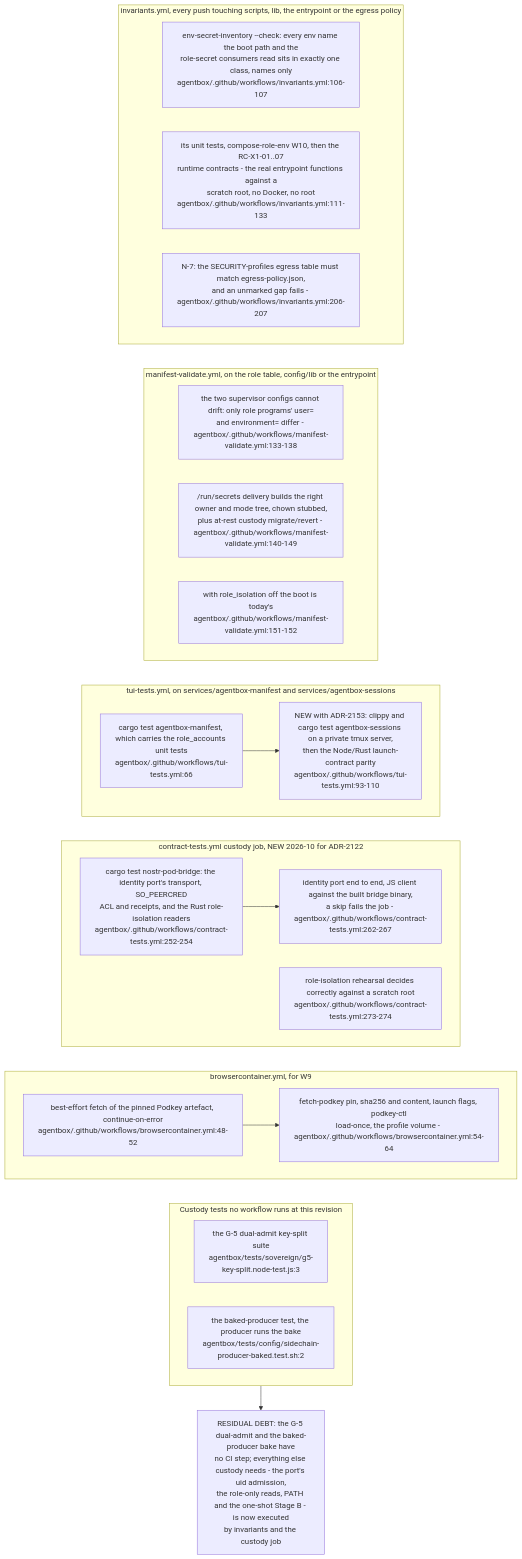
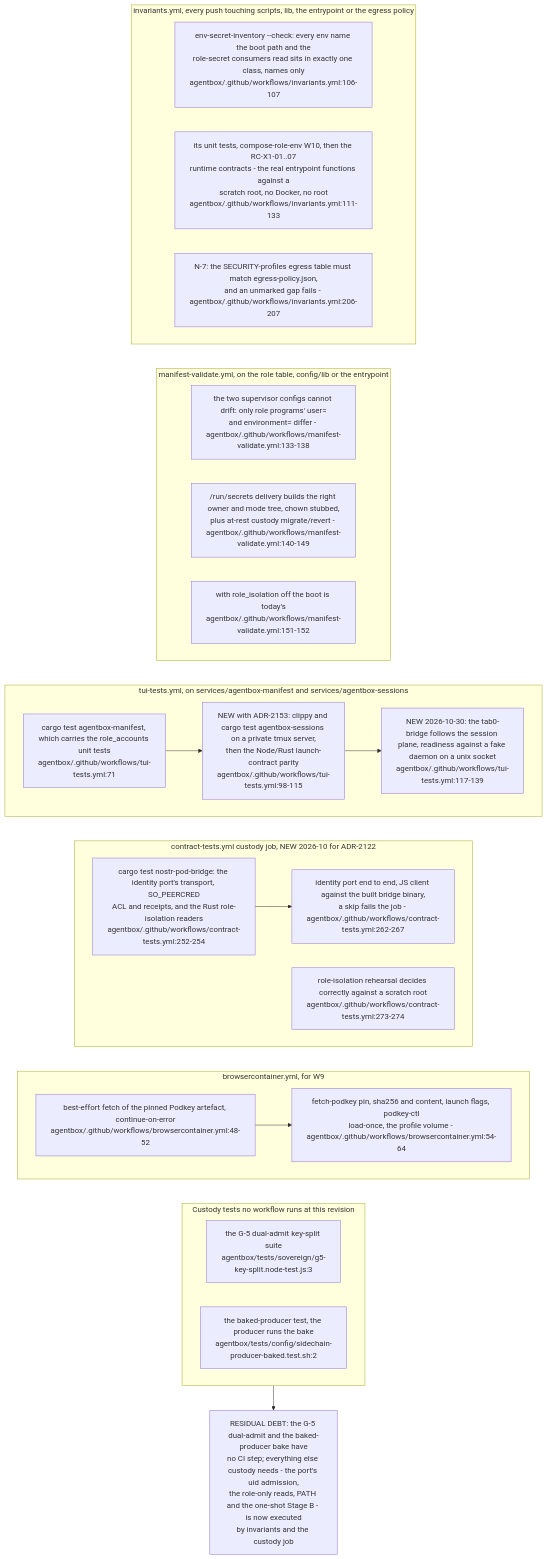
Before and after one commit to DreamLab-AI/VisionFlow: diagram 24 of 24 in docs/diagrams/estate/09-build-deploy-and-ci-estate.md, drawn with Mermaid. The commit also changed other lines of this file and 142 other files, not shown here.

First line of the commit message:
docs(diagrams): one System One route; re-verify 140 topics at today's heads

````diff
--- a/docs/diagrams/estate/09-build-deploy-and-ci-estate.md
+++ b/docs/diagrams/estate/09-build-deploy-and-ci-estate.md
@@ -834,39 +834,41 @@
 ```mermaid
 flowchart TB
     subgraph INV["invariants.yml, every push touching scripts, lib, the entrypoint or the egress policy"]
         I1["env-secret-inventory --check: every env name the boot path and the<br/>role-secret consumers read sits in exactly one class, names only<br/>agentbox/.github/workflows/invariants.yml:106-107"]
         I2["its unit tests, compose-role-env W10, then the RC-X1-01..07<br/>runtime contracts - the real entrypoint functions against a<br/>scratch root, no Docker, no root<br/>agentbox/.github/workflows/invariants.yml:111-133"]
         I3["N-7: the SECURITY-profiles egress table must match egress-policy.json,<br/>and an unmarked gap fails - agentbox/.github/workflows/invariants.yml:206-207"]
     end
     subgraph MV["manifest-validate.yml, on the role table, config/lib or the entrypoint"]
         M1["the two supervisor configs cannot drift: only role programs' user=<br/>and environment= differ - agentbox/.github/workflows/manifest-validate.yml:133-138"]
         M2["/run/secrets delivery builds the right owner and mode tree, chown stubbed,<br/>plus at-rest custody migrate/revert - agentbox/.github/workflows/manifest-validate.yml:140-149"]
         M3["with role_isolation off the boot is today's<br/>agentbox/.github/workflows/manifest-validate.yml:151-152"]
     end
     subgraph TUI["tui-tests.yml, on services/agentbox-manifest and services/agentbox-sessions"]
-        T1["cargo test agentbox-manifest, which carries the role_accounts unit tests<br/>agentbox/.github/workflows/tui-tests.yml:66"]
-        T2["NEW with ADR-2153: clippy and cargo test agentbox-sessions on a private tmux server,<br/>then the Node/Rust launch-contract parity<br/>agentbox/.github/workflows/tui-tests.yml:93-110"]
+        T1["cargo test agentbox-manifest, which carries the role_accounts unit tests<br/>agentbox/.github/workflows/tui-tests.yml:71"]
+        T2["NEW with ADR-2153: clippy and cargo test agentbox-sessions on a private tmux server,<br/>then the Node/Rust launch-contract parity<br/>agentbox/.github/workflows/tui-tests.yml:98-115"]
+        T3["NEW 2026-10-30: the tab0-bridge follows the session plane, readiness against a fake daemon on a unix socket<br/>agentbox/.github/workflows/tui-tests.yml:117-139"]
         T1 --> T2
+        T2 --> T3
     end
     subgraph CT["contract-tests.yml custody job, NEW 2026-10 for ADR-2122"]
         C1["cargo test nostr-pod-bridge: the identity port's transport, SO_PEERCRED<br/>ACL and receipts, and the Rust role-isolation readers<br/>agentbox/.github/workflows/contract-tests.yml:252-254"]
         C2["identity port end to end, JS client against the built bridge binary,<br/>a skip fails the job - agentbox/.github/workflows/contract-tests.yml:262-267"]
         C3["role-isolation rehearsal decides correctly against a scratch root<br/>agentbox/.github/workflows/contract-tests.yml:273-274"]
         C1 --> C2
     end
     subgraph BC["browsercontainer.yml, for W9"]
         B1["best-effort fetch of the pinned Podkey artefact, continue-on-error<br/>agentbox/.github/workflows/browsercontainer.yml:48-52"]
         B2["fetch-podkey pin, sha256 and content, launch flags, podkey-ctl<br/>load-once, the profile volume - agentbox/.github/workflows/browsercontainer.yml:54-64"]
         B1 --> B2
     end
     subgraph NONE["Custody tests no workflow runs at this revision"]
         N1["the G-5 dual-admit key-split suite<br/>agentbox/tests/sovereign/g5-key-split.node-test.js:3"]
         N2["the baked-producer test, the producer runs the bake<br/>agentbox/tests/config/sidechain-producer-baked.test.sh:2"]
     end
     INV ~~~ MV
     MV ~~~ TUI
     TUI ~~~ CT
     CT ~~~ BC
     BC ~~~ NONE
     NONE --> D["RESIDUAL DEBT: the G-5 dual-admit and the baked-producer bake have<br/>no CI step; everything else custody needs - the port's uid admission,<br/>the role-only reads, PATH and the one-shot Stage B - is now executed<br/>by invariants and the custody job"]
 ```
````
